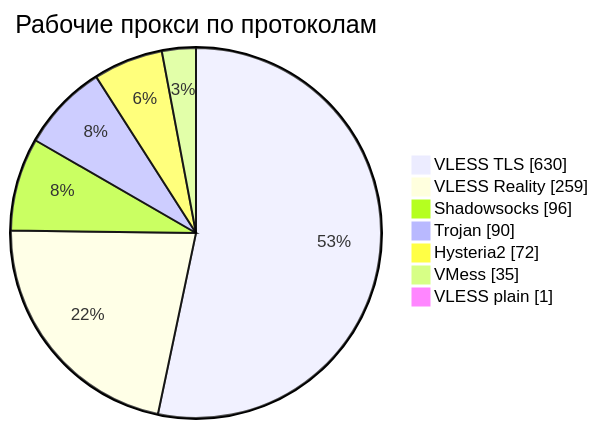
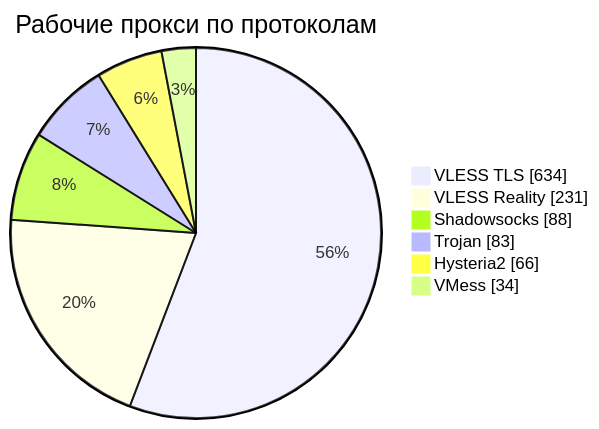
Before and after one commit to rvvg/proxy-subs: the third of 4 diagrams in README.md, drawn with Mermaid. The commit also changed other lines of this file and 47 other files, not shown here.

````diff
--- a/README.md
+++ b/README.md
@@ -137,11 +130,10 @@
 ```mermaid
 pie showData
     title Рабочие прокси по протоколам
-    "VLESS TLS" : 630
-    "VLESS Reality" : 259
-    "Shadowsocks" : 96
-    "Trojan" : 90
-    "Hysteria2" : 72
-    "VMess" : 35
-    "VLESS plain" : 1
+    "VLESS TLS" : 634
+    "VLESS Reality" : 231
+    "Shadowsocks" : 88
+    "Trojan" : 83
+    "Hysteria2" : 66
+    "VMess" : 34
 ```
````
